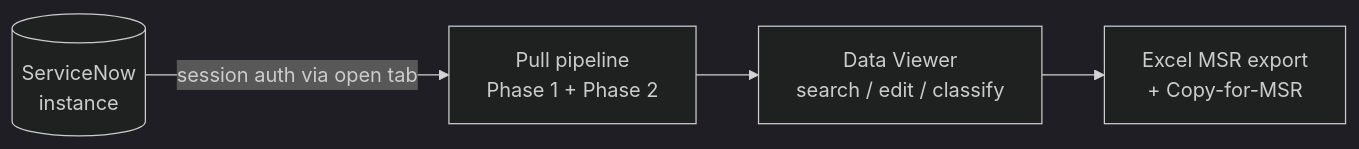
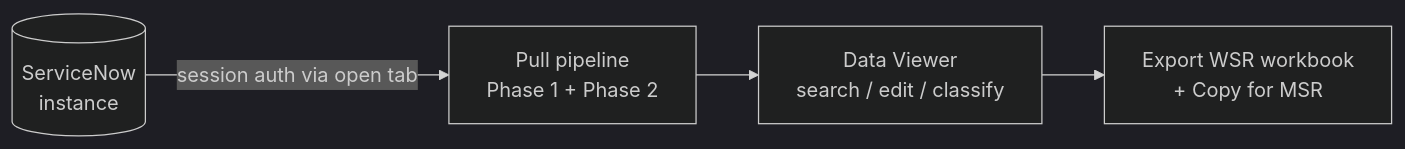
The diagram in wiki/Home.md (Abbas-Nagoor-Kani-BA/Autonomous-Reports-Engine), drawn with Mermaid (dark theme) before and after one commit. The commit also changed other lines of this file and 6 other files, not shown here.

First line of the commit message:
docs(wiki): correct WSR/MSR terminology and copy-vs-export rationale

````diff
--- a/wiki/Home.md
+++ b/wiki/Home.md
@@ -17,6 +17,6 @@
 ```mermaid
 flowchart LR
     SN[(ServiceNow<br/>instance)] -->|session auth via open tab| PULL[Pull pipeline<br/>Phase 1 + Phase 2]
     PULL --> VIEW[Data Viewer<br/>search / edit / classify]
-    VIEW --> EXPORT[Excel MSR export<br/>+ Copy-for-MSR]
+    VIEW --> EXPORT[Export WSR workbook<br/>+ Copy for MSR]
 ```
````
